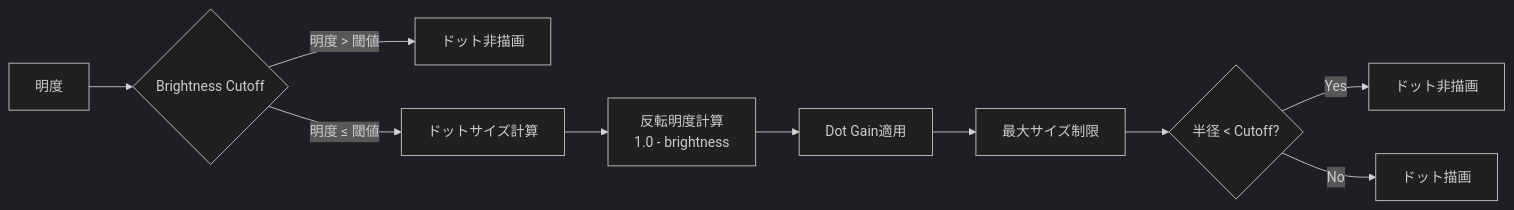
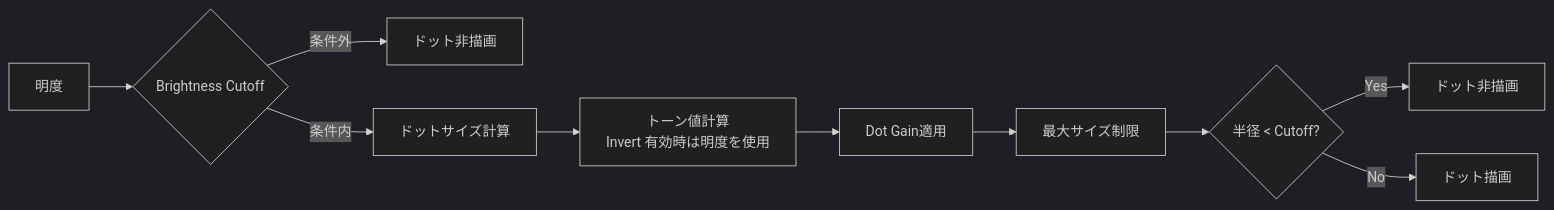
Before and after one commit to mug-lab-3/DaVinciResolveEffects: the eighth of 12 diagrams in fuses/MugSimpleHalftone.md, drawn with Mermaid (dark theme). The commit also changed other lines of this file, not shown here.

````diff
--- a/fuses/MugSimpleHalftone.md
+++ b/fuses/MugSimpleHalftone.md
@@ -228,13 +271,13 @@
 ```mermaid
 graph LR
     A[明度] --> B{Brightness Cutoff}
-    B -->|明度 > 閾値| C[ドット非描画]
-    B -->|明度 ≤ 閾値| D[ドットサイズ計算]
+    B -->|条件外| C[ドット非描画]
+    B -->|条件内| D[ドットサイズ計算]
 
-    D --> E[反転明度計算<br/>1.0 - brightness]
+    D --> E[トーン値計算<br/>Invert 有効時は明度を使用]
     E --> F[Dot Gain適用]
     F --> G[最大サイズ制限]
     G --> H{半径 < Cutoff?}
     H -->|Yes| I[ドット非描画]
     H -->|No| J[ドット描画]
 ```
````
